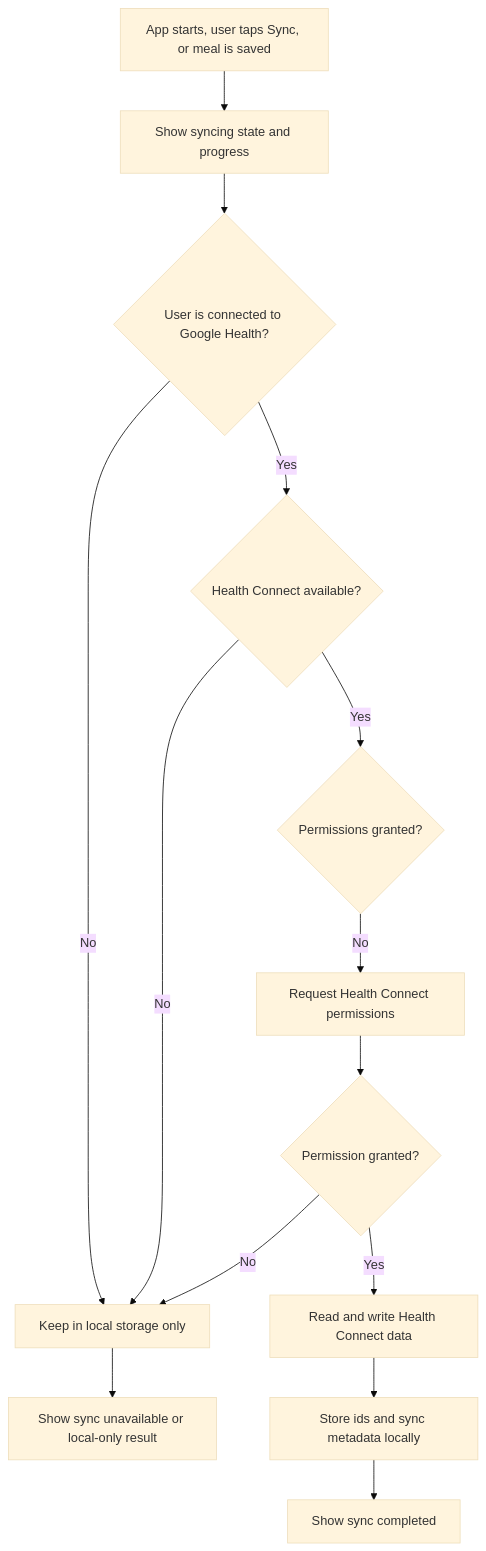
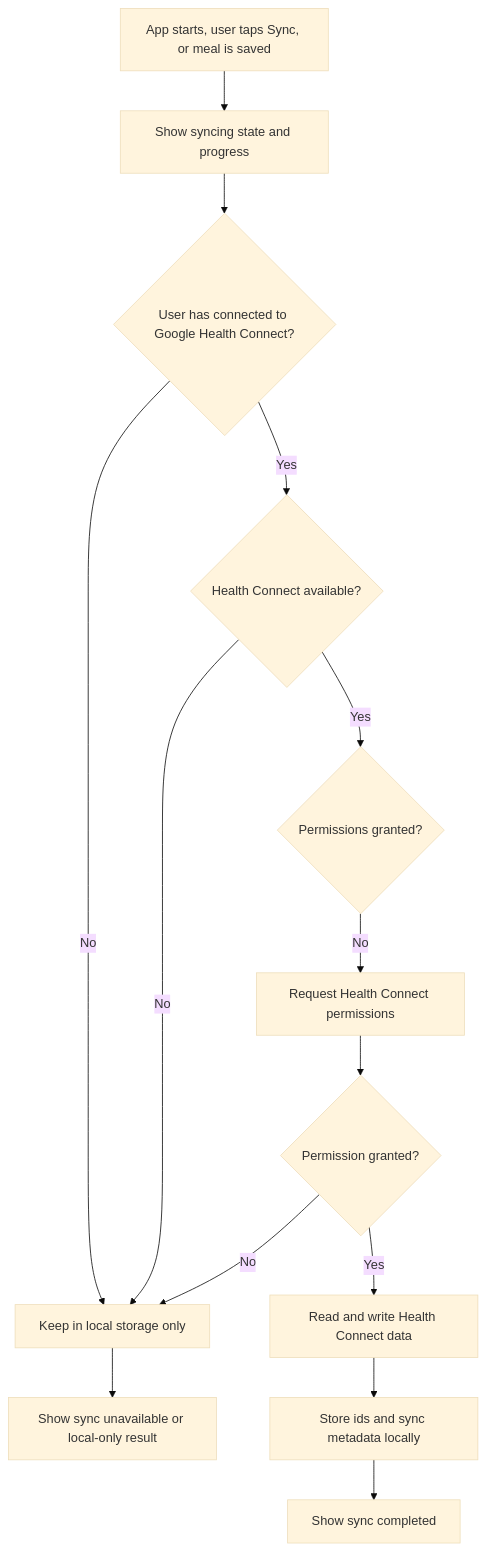
The seventh of 10 diagrams in docs/Architecture/09_process-flow-diagrams.md (sergeybelyuga-ops/snackshot), drawn with Mermaid (base theme) before and after one commit. The commit also changed other lines of this file and 28 other files, not shown here.

````diff
--- a/docs/Architecture/09_process-flow-diagrams.md
+++ b/docs/Architecture/09_process-flow-diagrams.md
@@ -217,16 +231,16 @@
 ```mermaid
 flowchart TD
     A[App starts, user taps Sync, or meal is saved] --> B[Show syncing state and progress]
-    B --> C{User is connected to Google Health?}
+    B --> C{User has connected to Google Health Connect?}
     C -- No --> D[Keep in local storage only]
     C -- Yes --> E{Health Connect available?}
     E -- No --> D
     E -- Yes --> F{Permissions granted?}
     F -- No --> G[Request Health Connect permissions]
     G --> H{Permission granted?}
     H -- No --> D
     H -- Yes --> I[Read and write Health Connect data]
     I --> J[Store ids and sync metadata locally]
     J --> K[Show sync completed]
     D --> L[Show sync unavailable or local-only result]
 ```
````
